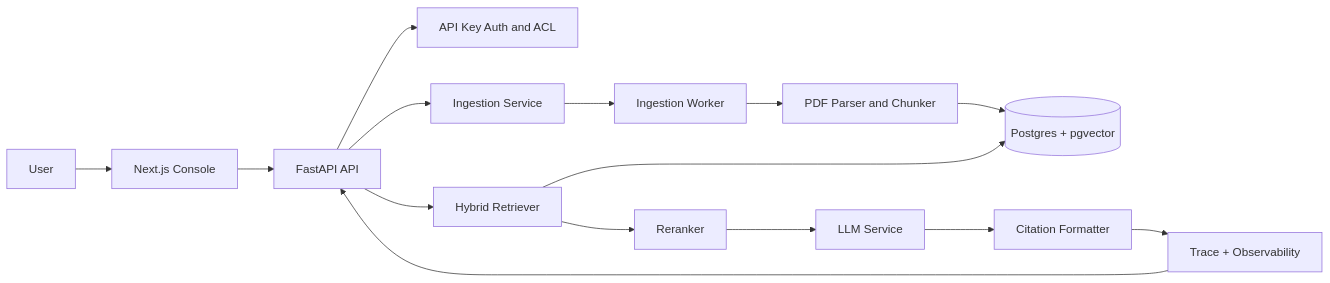
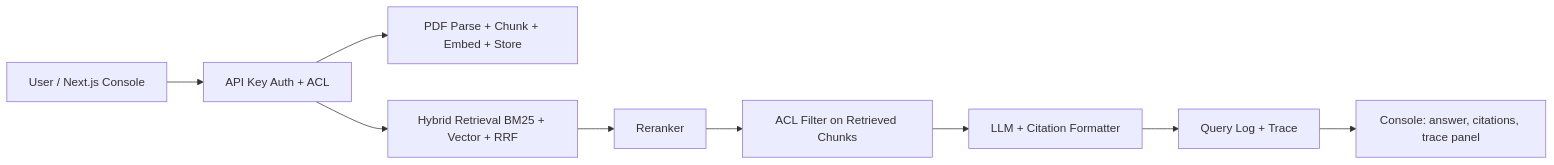
The diagram in README.md (Yashsh101/trace-rag-system), drawn with Mermaid before and after one commit. The commit also changed other lines of this file, not shown here.

````diff
--- a/README.md
+++ b/README.md
@@ -32,17 +23,11 @@
 ```mermaid
 flowchart LR
-    U[User] --> UI[Next.js Console]
-    UI --> API[FastAPI API]
-    API --> AUTH[API Key Auth and ACL]
-    API --> INGEST[Ingestion Service]
-    INGEST --> WORKER[Ingestion Worker]
-    WORKER --> PARSE[PDF Parser and Chunker]
-    PARSE --> STORE[(Postgres + pgvector)]
-    API --> RETRIEVE[Hybrid Retriever]
-    RETRIEVE --> STORE
+    U[User / Next.js Console] --> AUTH[API Key Auth + ACL]
+    AUTH --> INGEST[PDF Parse + Chunk + Embed + Store]
+    AUTH --> RETRIEVE[Hybrid Retrieval BM25 + Vector + RRF]
     RETRIEVE --> RERANK[Reranker]
-    RERANK --> LLM[LLM Service]
-    LLM --> CITE[Citation Formatter]
-    CITE --> TRACE[Trace + Observability]
-    TRACE --> API
+    RERANK --> ACL2[ACL Filter on Retrieved Chunks]
+    ACL2 --> LLM[LLM + Citation Formatter]
+    LLM --> TRACE[Query Log + Trace]
+    TRACE --> UI[Console: answer, citations, trace panel]
 ```
````
